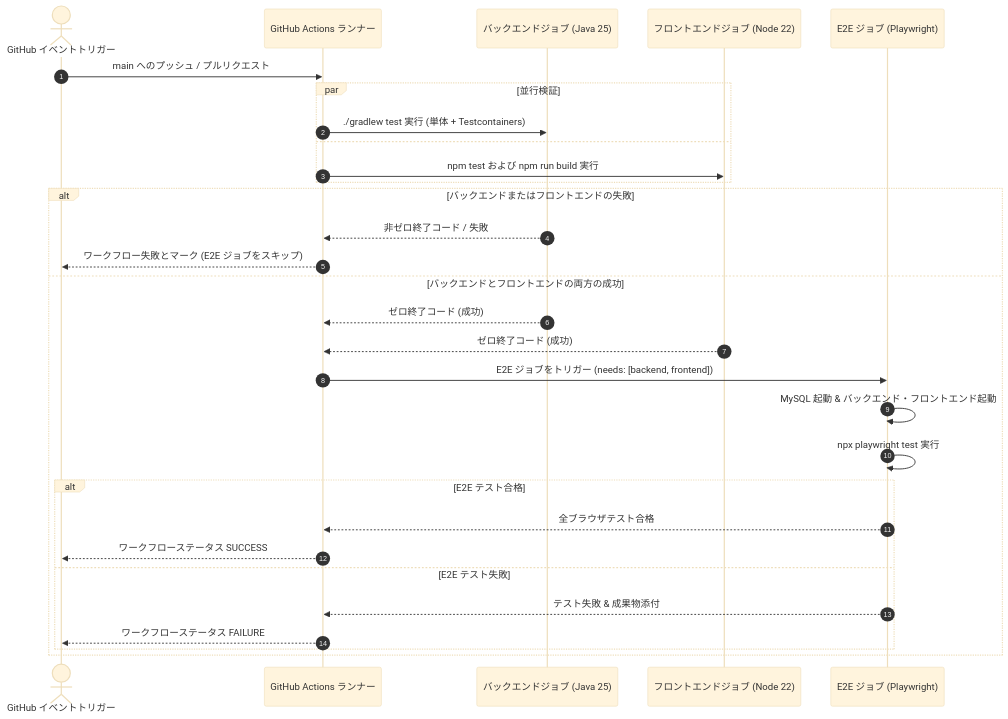
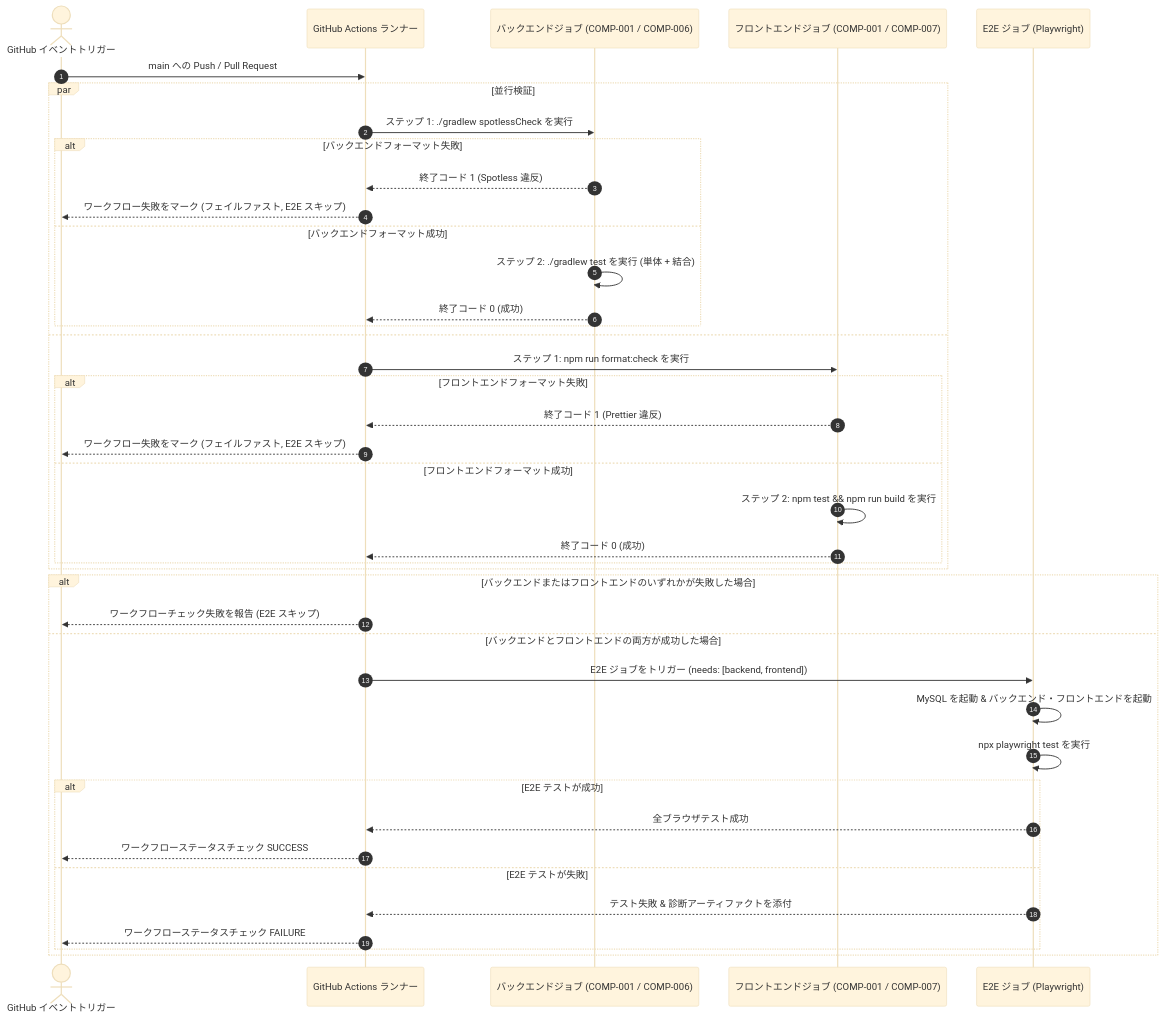
The second of 3 diagrams in docs/specs/ci-and-repo-automation/design.ja.md (green-tea-stalk/swe-workflow-playground), drawn with Mermaid (base theme) before and after one commit. The commit also changed other lines of this file and 5 other files, not shown here.

````diff
--- a/docs/specs/ci-and-repo-automation/design.ja.md
+++ b/docs/specs/ci-and-repo-automation/design.ja.md
@@ -61,33 +70,45 @@
 ```mermaid
 sequenceDiagram
     autonumber
     actor GitHub as GitHub イベントトリガー
     participant Runner as GitHub Actions ランナー
-    participant BackendJob as バックエンドジョブ (Java 25)
-    participant FrontendJob as フロントエンドジョブ (Node 22)
+    participant BackendJob as バックエンドジョブ (COMP-001 / COMP-006)
+    participant FrontendJob as フロントエンドジョブ (COMP-001 / COMP-007)
     participant E2EJob as E2E ジョブ (Playwright)
 
-    GitHub->>Runner: main へのプッシュ / プルリクエスト
+    GitHub->>Runner: main への Push / Pull Request
     par 並行検証
-        Runner->>BackendJob: ./gradlew test 実行 (単体 + Testcontainers)
+        Runner->>BackendJob: ステップ 1: ./gradlew spotlessCheck を実行
+        alt バックエンドフォーマット失敗
+            BackendJob-->>Runner: 終了コード 1 (Spotless 違反)
+            Runner-->>GitHub: ワークフロー失敗をマーク (フェイルファスト, E2E スキップ)
+        else バックエンドフォーマット成功
+            BackendJob->>BackendJob: ステップ 2: ./gradlew test を実行 (単体 + 結合)
+            BackendJob-->>Runner: 終了コード 0 (成功)
+        end
     and
-        Runner->>FrontendJob: npm test および npm run build 実行
+        Runner->>FrontendJob: ステップ 1: npm run format:check を実行
+        alt フロントエンドフォーマット失敗
+            FrontendJob-->>Runner: 終了コード 1 (Prettier 違反)
+            Runner-->>GitHub: ワークフロー失敗をマーク (フェイルファスト, E2E スキップ)
+        else フロントエンドフォーマット成功
+            FrontendJob->>FrontendJob: ステップ 2: npm test && npm run build を実行
+            FrontendJob-->>Runner: 終了コード 0 (成功)
+        end
     end
-    alt バックエンドまたはフロントエンドの失敗
-        BackendJob-->>Runner: 非ゼロ終了コード / 失敗
-        Runner-->>GitHub: ワークフロー失敗とマーク (E2E ジョブをスキップ)
-    else バックエンドとフロントエンドの両方の成功
-        BackendJob-->>Runner: ゼロ終了コード (成功)
-        FrontendJob-->>Runner: ゼロ終了コード (成功)
+
+    alt バックエンドまたはフロントエンドのいずれかが失敗した場合
+        Runner-->>GitHub: ワークフローチェック失敗を報告 (E2E スキップ)
+    else バックエンドとフロントエンドの両方が成功した場合
         Runner->>E2EJob: E2E ジョブをトリガー (needs: [backend, frontend])
-        E2EJob->>E2EJob: MySQL 起動 & バックエンド・フロントエンド起動
-        E2EJob->>E2EJob: npx playwright test 実行
-        alt E2E テスト合格
-            E2EJob-->>Runner: 全ブラウザテスト合格
-            Runner-->>GitHub: ワークフローステータス SUCCESS
-        else E2E テスト失敗
-            E2EJob-->>Runner: テスト失敗 & 成果物添付
-            Runner-->>GitHub: ワークフローステータス FAILURE
+        E2EJob->>E2EJob: MySQL を起動 & バックエンド・フロントエンドを起動
+        E2EJob->>E2EJob: npx playwright test を実行
+        alt E2E テストが成功
+            E2EJob-->>Runner: 全ブラウザテスト成功
+            Runner-->>GitHub: ワークフローステータスチェック SUCCESS
+        else E2E テストが失敗
+            E2EJob-->>Runner: テスト失敗 & 診断アーティファクトを添付
+            Runner-->>GitHub: ワークフローステータスチェック FAILURE
         end
     end
 ```
````
